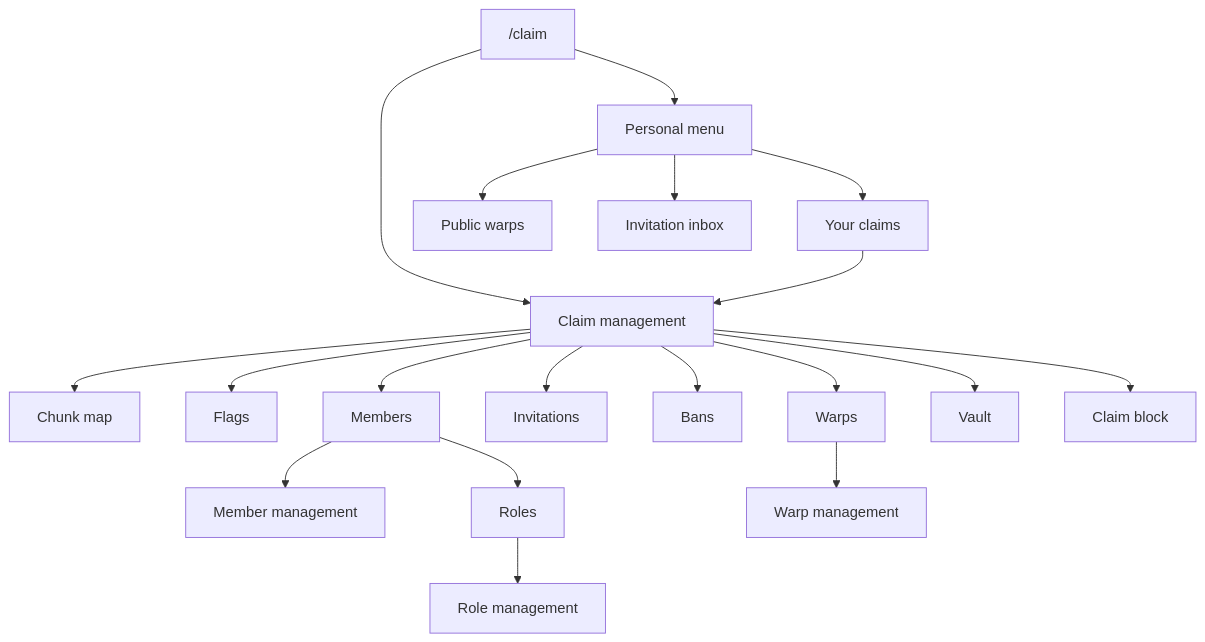
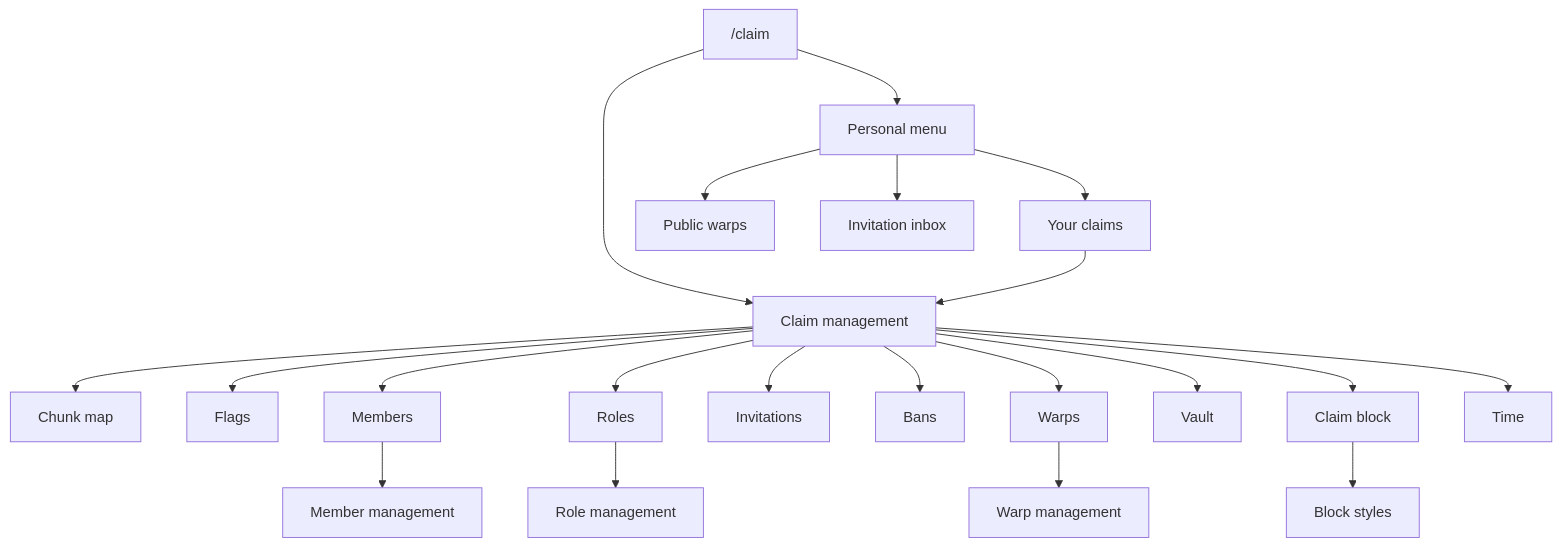
The diagram in content/minecraft/plugins/uxmclaims/menus/overview.md (UXPLIMA/docs), drawn with Mermaid before and after one commit. The commit also changed other lines of this file and 62 other files, not shown here.

````diff
--- a/content/minecraft/plugins/uxmclaims/menus/overview.md
+++ b/content/minecraft/plugins/uxmclaims/menus/overview.md
@@ -13,21 +13,23 @@
 ```mermaid
 flowchart TD
     A["/claim"] --> B[Personal menu]
     A --> C[Claim management]
     B --> D[Your claims]
     B --> E[Public warps]
     B --> F[Invitation inbox]
     D --> C
     C --> G[Chunk map]
     C --> H[Flags]
     C --> I[Members]
+    C --> P[Roles]
     C --> J[Invitations]
     C --> K[Bans]
     C --> L[Warps]
     C --> M[Vault]
     C --> N[Claim block]
+    C --> T[Time]
     I --> O[Member management]
-    I --> P[Roles]
     P --> Q[Role management]
     L --> R[Warp management]
+    N --> S[Block styles]
 ```
````
